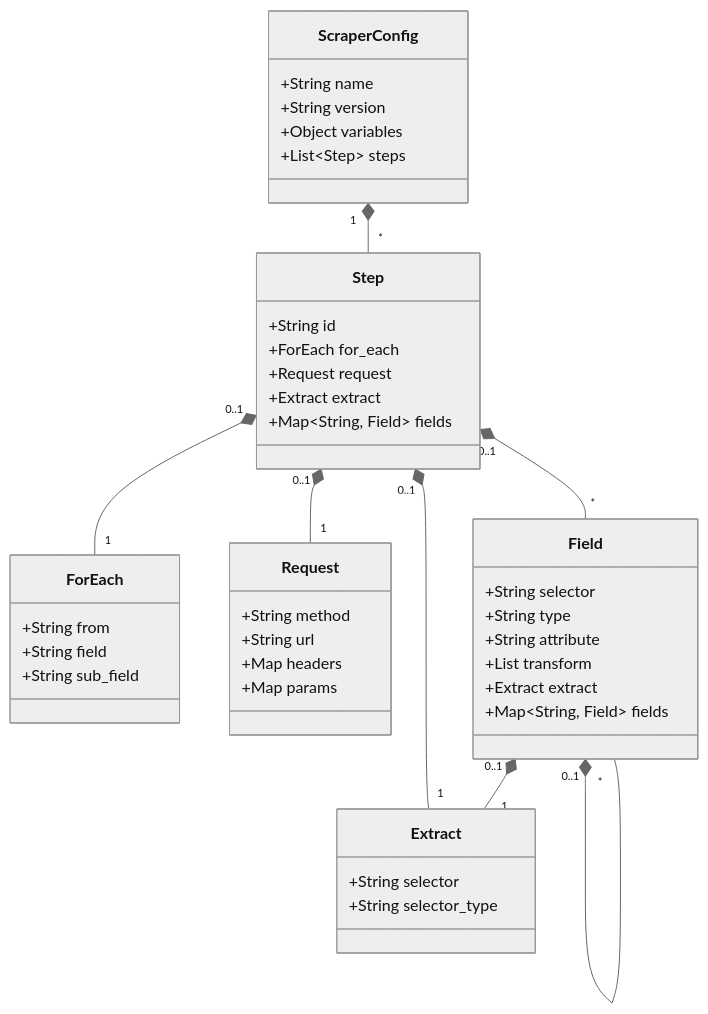
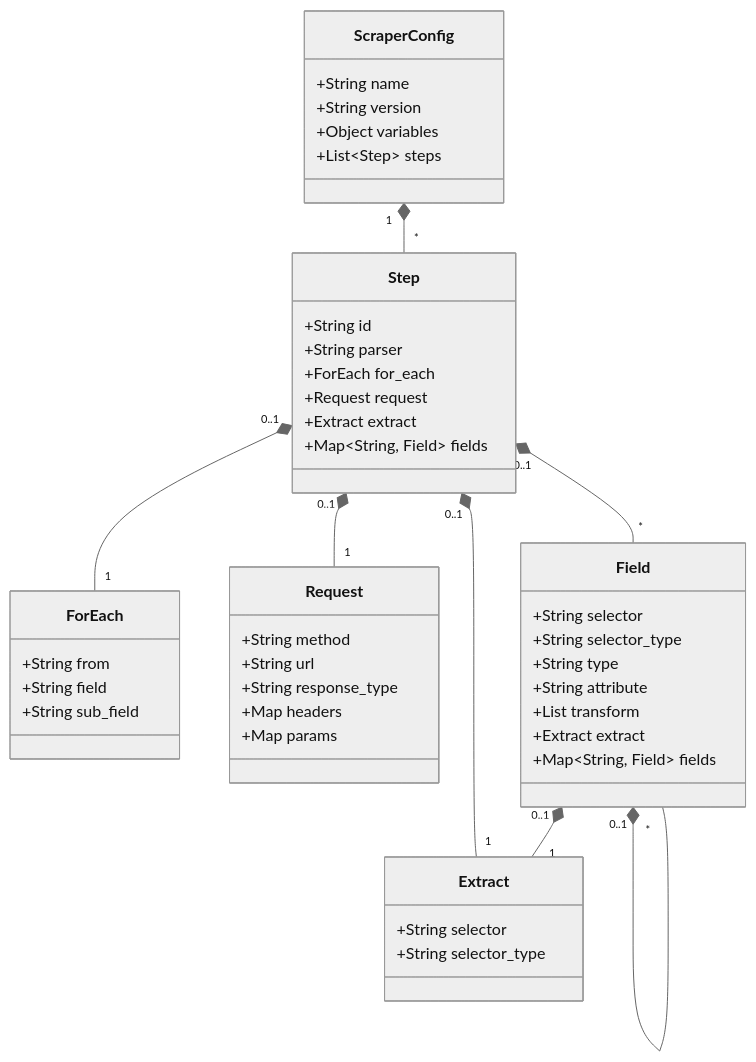
Before and after one commit to detobel36/FetchFlow: the diagram in docs/configuration-structure.md, drawn with Mermaid (neutral theme). The commit also changed other lines of this file and 14 other files, not shown here.

````diff
--- a/docs/configuration-structure.md
+++ b/docs/configuration-structure.md
@@ -9,47 +9,50 @@
 ```mermaid
 classDiagram
     class ScraperConfig {
         +String name
         +String version
         +Object variables
         +List~Step~ steps
     }
     class Step {
         +String id
+        +String parser
         +ForEach for_each
         +Request request
         +Extract extract
         +Map~String, Field~ fields
     }
     class ForEach {
         +String from
         +String field
         +String sub_field
     }
     class Request {
         +String method
         +String url
+        +String response_type
         +Map headers
         +Map params
     }
     class Extract {
         +String selector
         +String selector_type
     }
     class Field {
         +String selector
+        +String selector_type
         +String type
         +String attribute
         +List transform
         +Extract extract
         +Map~String, Field~ fields
     }
 
     ScraperConfig "1" *-- "*" Step
     Step "0..1" *-- "1" ForEach
     Step "0..1" *-- "1" Request
     Step "0..1" *-- "1" Extract
     Step "0..1" *-- "*" Field
     Field "0..1" *-- "1" Extract
     Field "0..1" *-- "*" Field
 ```
````
